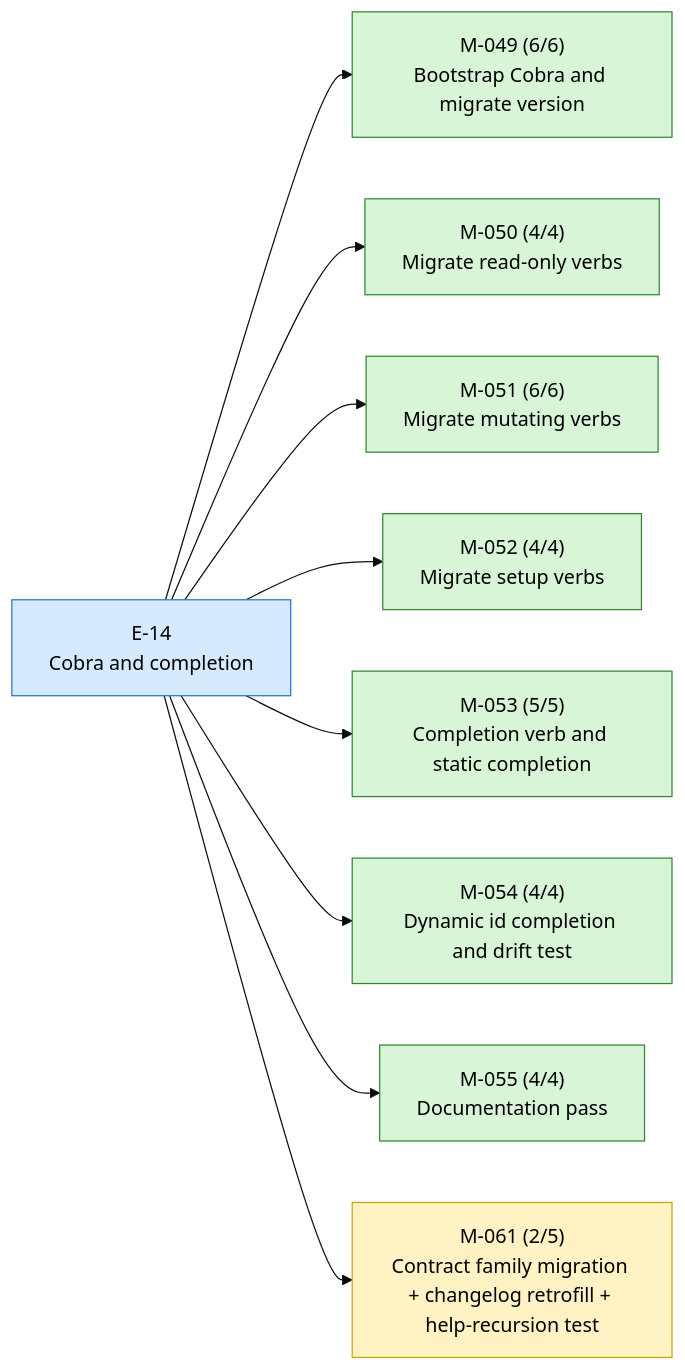
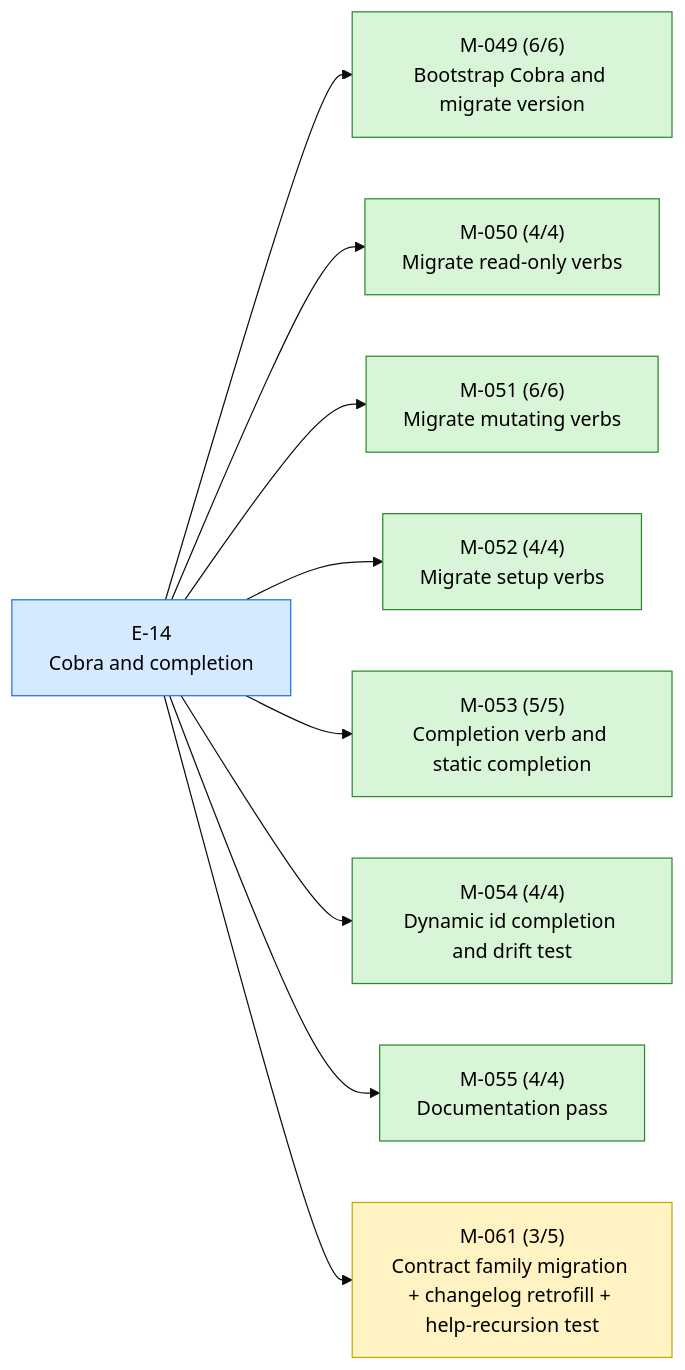
Before and after one commit to 23min/aiwf: the first of 2 diagrams in STATUS.md, drawn with Mermaid (base theme). The commit also changed other lines of this file and 1 other file, not shown here.

````diff
--- a/STATUS.md
+++ b/STATUS.md
@@ -18,26 +18,26 @@
 ```mermaid
 flowchart LR
   E_14["E-14<br/>Cobra and completion"]:::epic_active
   M_049["M-049 (6/6)<br/>Bootstrap Cobra and migrate version"]:::ms_done
   E_14 --> M_049
   M_050["M-050 (4/4)<br/>Migrate read-only verbs"]:::ms_done
   E_14 --> M_050
   M_051["M-051 (6/6)<br/>Migrate mutating verbs"]:::ms_done
   E_14 --> M_051
   M_052["M-052 (4/4)<br/>Migrate setup verbs"]:::ms_done
   E_14 --> M_052
   M_053["M-053 (5/5)<br/>Completion verb and static completion"]:::ms_done
   E_14 --> M_053
   M_054["M-054 (4/4)<br/>Dynamic id completion and drift test"]:::ms_done
   E_14 --> M_054
   M_055["M-055 (4/4)<br/>Documentation pass"]:::ms_done
   E_14 --> M_055
-  M_061["M-061 (2/5)<br/>Contract family migration + changelog retrofill + help-recursion test"]:::ms_in_progress
+  M_061["M-061 (3/5)<br/>Contract family migration + changelog retrofill + help-recursion test"]:::ms_in_progress
   E_14 --> M_061
   classDef epic_active fill:#d6eaff,stroke:#1a73e8,color:#000
   classDef epic_proposed fill:#f4f4f4,stroke:#888,color:#000
   classDef ms_done fill:#d8f5d8,stroke:#2a8a2a,color:#000
   classDef ms_in_progress fill:#fff3c4,stroke:#caa400,color:#000
   classDef ms_draft fill:#f4f4f4,stroke:#888,color:#000
   classDef ms_cancelled fill:#fbeaea,stroke:#c33,color:#000
 ```
````
